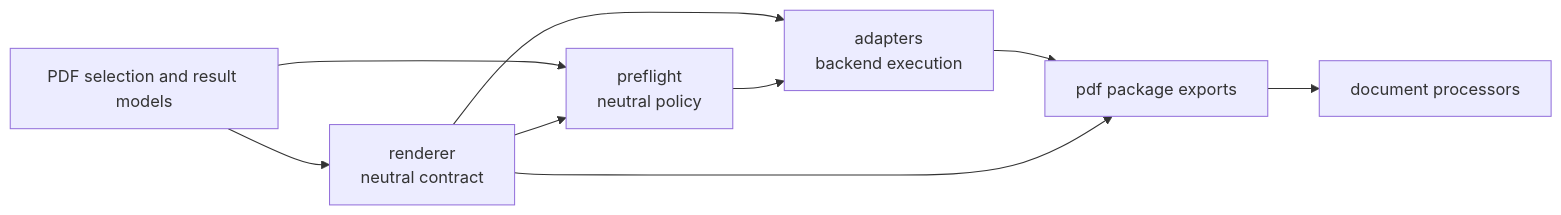
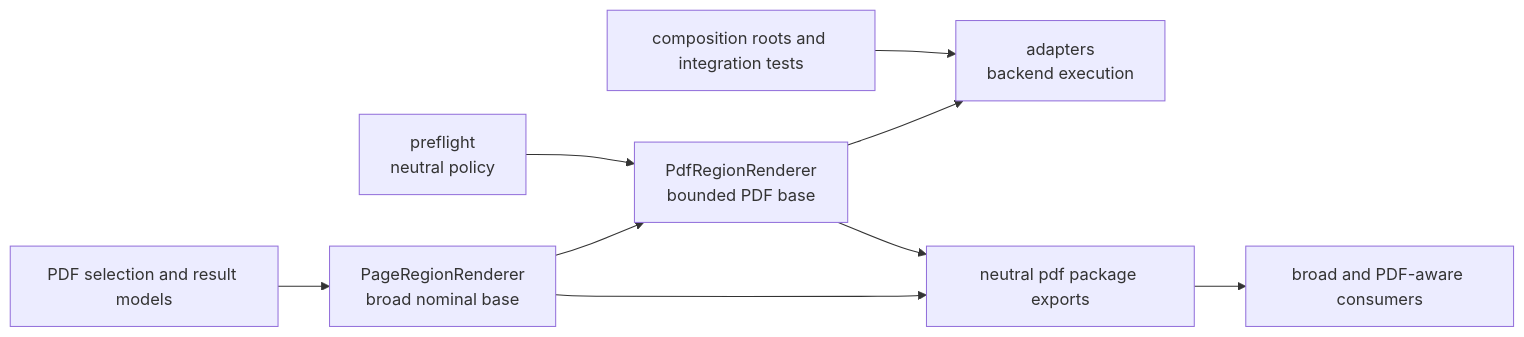
Before and after one commit to eragasa/projectkoios-ingestion: the diagram in docs/architecture/projectkoios/ingestion/pdf/schematic.md, drawn with Mermaid. The commit also changed other lines of this file and 74 other files, not shown here.

Commit message:
Document nominal page renderer architecture

````diff
--- a/docs/architecture/projectkoios/ingestion/pdf/schematic.md
+++ b/docs/architecture/projectkoios/ingestion/pdf/schematic.md
@@ -3,18 +3,20 @@
 ```mermaid
 flowchart LR
     Models["PDF selection and result models"]
-    Renderer["renderer<br/>neutral contract"]
+    PageBase["PageRegionRenderer<br/>broad nominal base"]
+    PdfBase["PdfRegionRenderer<br/>bounded PDF base"]
     Preflight["preflight<br/>neutral policy"]
     Adapter["adapters<br/>backend execution"]
-    Exports["pdf package exports"]
-    Consumer["document processors"]
+    Exports["neutral pdf package exports"]
+    Consumers["broad and PDF-aware consumers"]
+    Roots["composition roots and integration tests"]
 
-    Models --> Renderer
-    Models --> Preflight
-    Renderer --> Adapter
-    Renderer --> Preflight
-    Preflight --> Adapter
-    Adapter --> Exports
-    Renderer --> Exports
-    Exports --> Consumer
+    Models --> PageBase
+    PageBase --> PdfBase
+    Preflight --> PdfBase
+    PdfBase --> Adapter
+    PageBase --> Exports
+    PdfBase --> Exports
+    Exports --> Consumers
+    Roots --> Adapter
 ```
````
